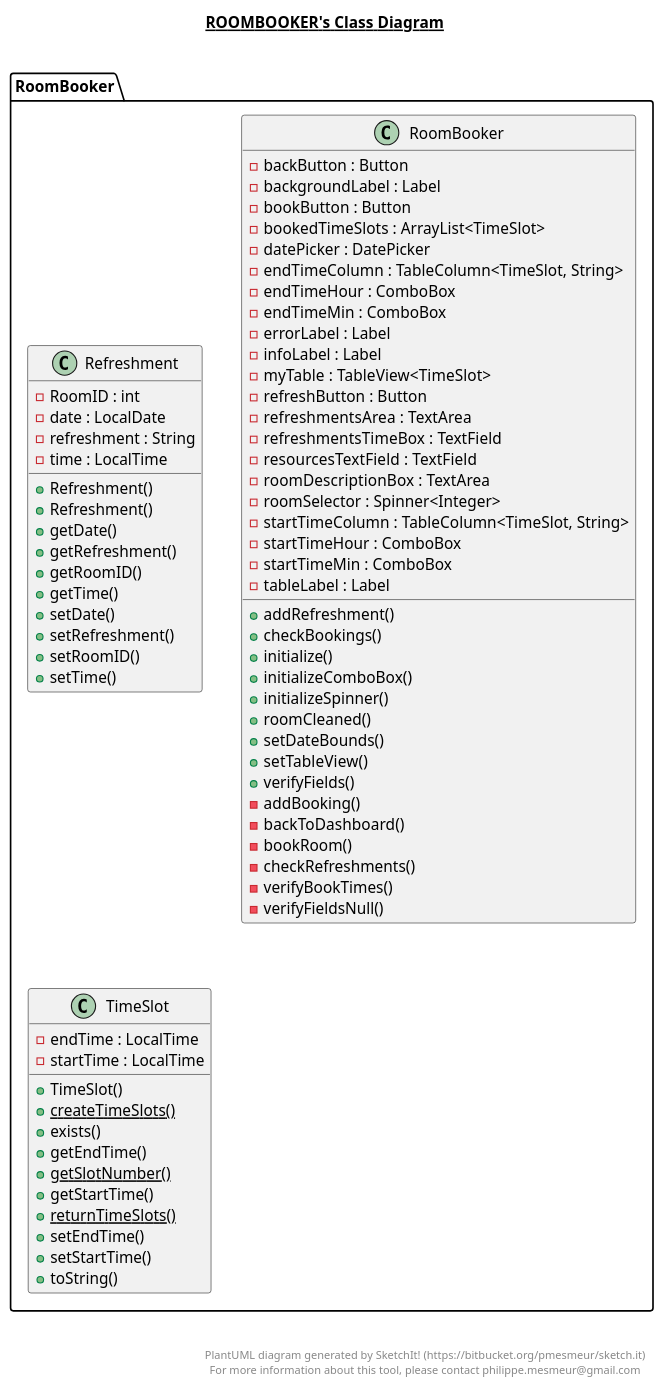
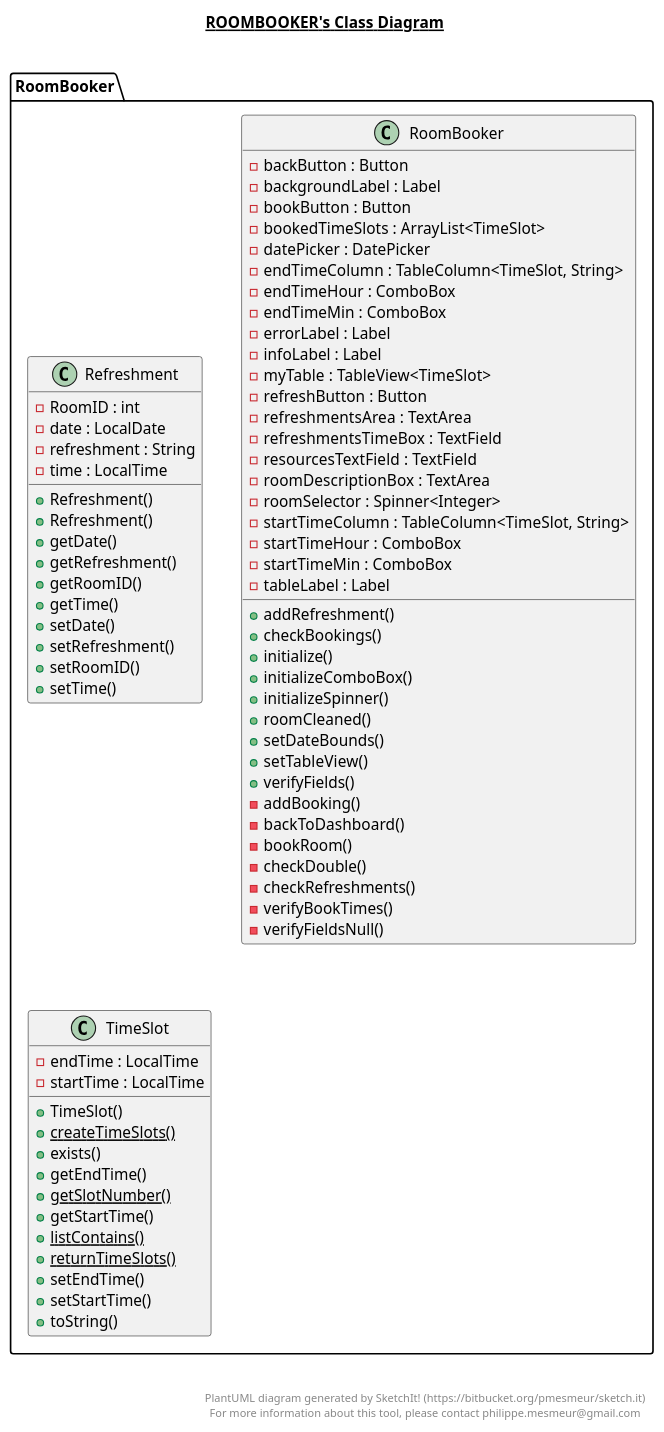
Before and after one commit to hegde-atri/meetingBooking: the diagram in src/RoomBooker/RoomBooker.plantuml, drawn with PlantUML. The commit also changed 6 other files, not shown here.

Commit message:
added UML class diagrams

```diff
--- a/src/RoomBooker/RoomBooker.plantuml
+++ b/src/RoomBooker/RoomBooker.plantuml
@@ -1,94 +1,96 @@
 @startuml
 
 title __ROOMBOOKER's Class Diagram__\n
 
   namespace RoomBooker {
     class RoomBooker.Refreshment {
         - RoomID : int
         - date : LocalDate
         - refreshment : String
         - time : LocalTime
         + Refreshment()
         + Refreshment()
         + getDate()
         + getRefreshment()
         + getRoomID()
         + getTime()
         + setDate()
         + setRefreshment()
         + setRoomID()
         + setTime()
     }
   }
   
 
   namespace RoomBooker {
     class RoomBooker.RoomBooker {
         - backButton : Button
         - backgroundLabel : Label
         - bookButton : Button
         - bookedTimeSlots : ArrayList<TimeSlot>
         - datePicker : DatePicker
         - endTimeColumn : TableColumn<TimeSlot, String>
         - endTimeHour : ComboBox
         - endTimeMin : ComboBox
         - errorLabel : Label
         - infoLabel : Label
         - myTable : TableView<TimeSlot>
         - refreshButton : Button
         - refreshmentsArea : TextArea
         - refreshmentsTimeBox : TextField
         - resourcesTextField : TextField
         - roomDescriptionBox : TextArea
         - roomSelector : Spinner<Integer>
         - startTimeColumn : TableColumn<TimeSlot, String>
         - startTimeHour : ComboBox
         - startTimeMin : ComboBox
         - tableLabel : Label
         + addRefreshment()
         + checkBookings()
         + initialize()
         + initializeComboBox()
         + initializeSpinner()
         + roomCleaned()
         + setDateBounds()
         + setTableView()
         + verifyFields()
         - addBooking()
         - backToDashboard()
         - bookRoom()
+        - checkDouble()
         - checkRefreshments()
         - verifyBookTimes()
         - verifyFieldsNull()
     }
   }
   
 
   namespace RoomBooker {
     class RoomBooker.TimeSlot {
         - endTime : LocalTime
         - startTime : LocalTime
         + TimeSlot()
         {static} + createTimeSlots()
         + exists()
         + getEndTime()
         {static} + getSlotNumber()
         + getStartTime()
+        {static} + listContains()
         {static} + returnTimeSlots()
         + setEndTime()
         + setStartTime()
         + toString()
     }
   }
   
 
 
 
 right footer
 
 
 PlantUML diagram generated by SketchIt! (https://bitbucket.org/pmesmeur/sketch.it)
 For more information about this tool, please contact philippe.mesmeur@gmail.com
 endfooter
 
 @enduml
```
